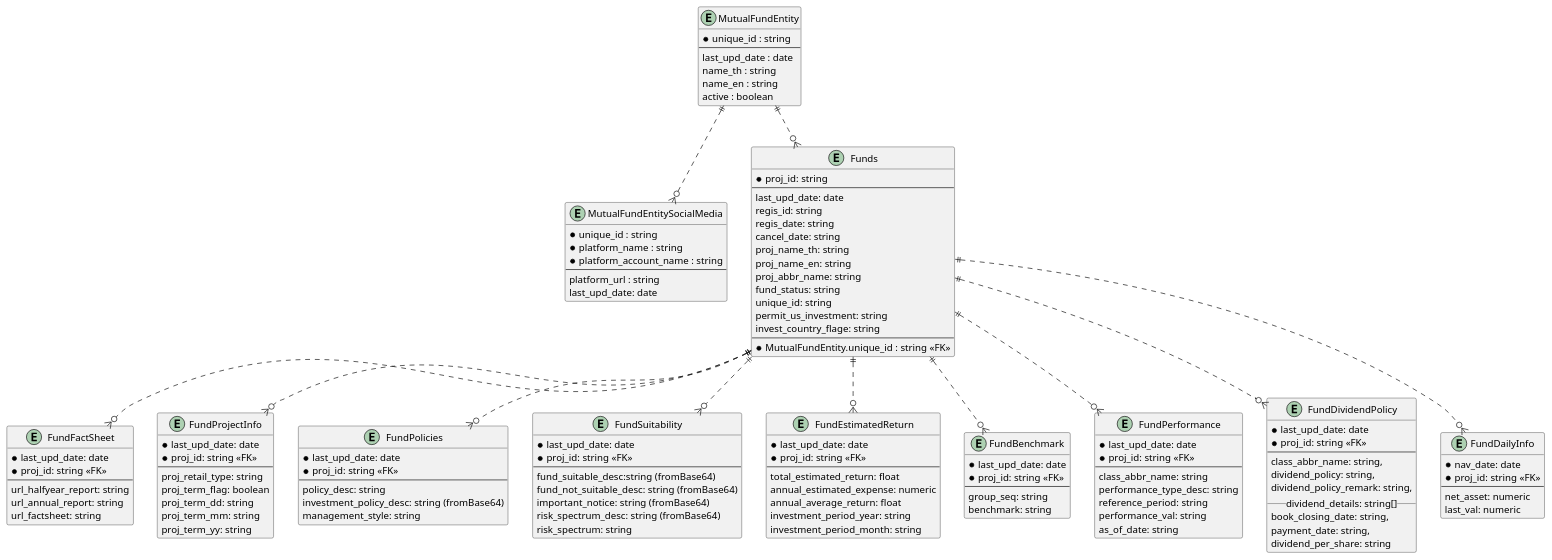
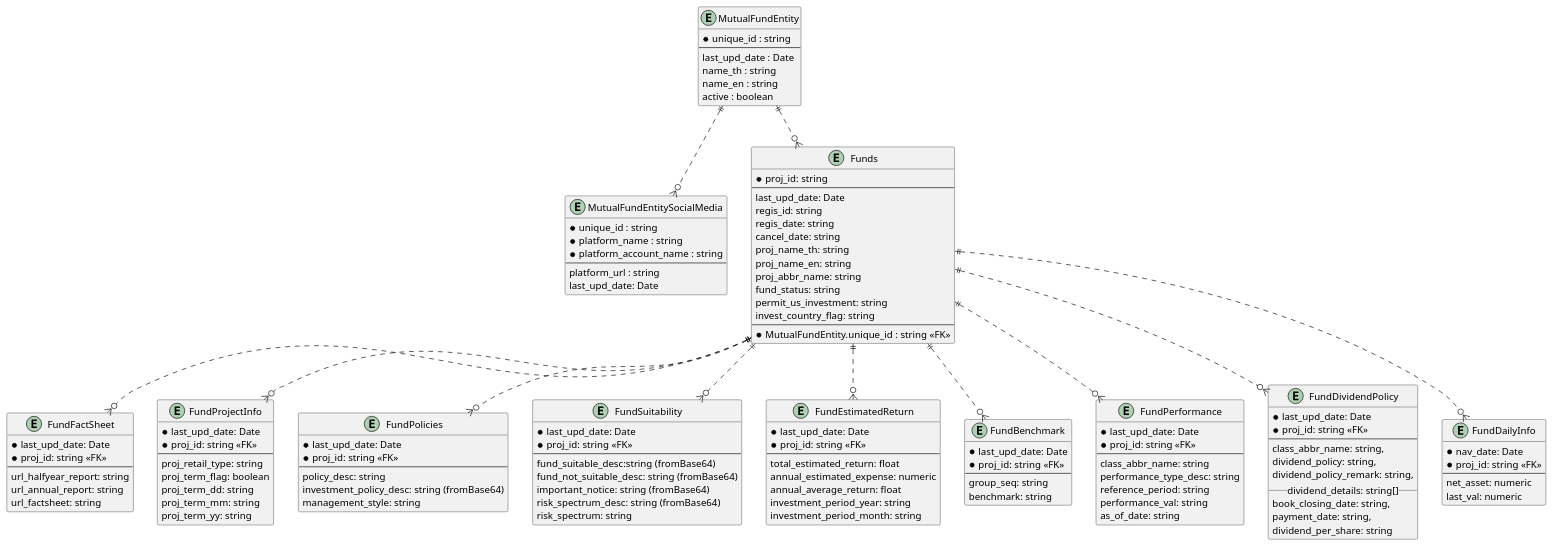
One commit to FaiiFaiipuipui/CuHighTech24Hackathon_Backend changed the diagram in documentation/DatabaseERD.puml. Above: the diagram before and after it, drawn with PlantUML. The commit also changed 1 other file, not shown here.

```diff
--- a/documentation/DatabaseERD.puml
+++ b/documentation/DatabaseERD.puml
@@ -1,177 +1,176 @@
 @startuml Database
 
 /' SEC Fund Factsheet API 01 y'/
 entity MutualFundEntity {
     *unique_id : string
     /' รหัสบลจ '/
     --
-    last_upd_date : date
+    last_upd_date : Date
     name_th : string
     name_en : string
     active : boolean
 }
 
 entity MutualFundEntitySocialMedia {
     *unique_id : string
     *platform_name : string
     *platform_account_name : string
     --
     platform_url : string
-    last_upd_date: date
+    last_upd_date: Date
 }
 
 /' SEC Fund Factsheet API 02 y'/
 entity Funds {
     * proj_id: string
     --
-    last_upd_date: date
+    last_upd_date: Date
     regis_id: string
     regis_date: string
     cancel_date: string
     proj_name_th: string
     proj_name_en: string
     proj_abbr_name: string
     fund_status: string
     /'สถานะกอง
     SE = อนุมัติ(อยู่ระหว่าง Filing)
     EX = หมดเวลาเสนอขาย
     RG = จดทะเบียน
     CA = เลิกโครงการ
     LI = จดทะเบียนเลิก '/
-    unique_id: string
     permit_us_investment: string
-    invest_country_flage: string
+    invest_country_flag: string
     /' การลงทุนต่างประเทศ
 	1 = กองทุนรวมที่เน้นลงทุนแบบมีความเสี่ยงต่างประเทศ
 	2 = ลงทุนในต่างประเทศบางส่วน
 	3 = กองทุนที่ลงทุนแบบไม่มีความเสี่ยงต่างประเทศ
 	4 = กองทุนที่ลงทุนแบบมีความเสี่ยงทั้งในและต่างประเทศ '/
     --
     * MutualFundEntity.unique_id : string <<FK>>
 }
 
 /' SEC Fund Factsheet API 04 y'/
 entity FundFactSheet {
-    * last_upd_date: date
+    * last_upd_date: Date
     * proj_id: string <<FK>>
     --
     url_halfyear_report: string
     url_annual_report: string
     url_factsheet: string
 }
 
 /' SEC Fund Factsheet API 07 '/
 entity FundProjectInfo {
-    * last_upd_date: date
+    * last_upd_date: Date
     * proj_id: string <<FK>>
     --
     proj_retail_type: string
     /'     ลักษณะโครงการ -- R , A , N , G , X, H , {null}  
     A กองทุนรวมที่เสนอขายเฉพาะผู้ลงทุนที่มิใช่รายย่อย
     B กองทุนรวมที่เสนอขายเฉพาะผู้มีเงินลงทุนสูง
     G กองทุนรวมพิเศษเพื่อตอบสนองนโยบายภาครัฐ
     H กองทุนรวมที่เสนอขายผู้ลงทุนที่มิใช่รายย่อยและผู้มีเงินลงทุนสูง
     N กองทุนเพื่อผู้ลงทุนสถาบัน
     R กองทุนเพื่อผู้ลงทุนทั่วไป
     X กองทุนรวมที่เสนอขายผู้ลงทุนสถาบันและผู้ลงทุนรายใหญ่พิเศษ  '/
     proj_term_flag: boolean
     proj_term_dd: string
     proj_term_mm: string
     proj_term_yy: string
 }
 
 /' SEC Fund Factsheet API 08 '/
 entity FundPolicies {
-    * last_upd_date: date
+    * last_upd_date: Date
     * proj_id: string <<FK>>
     --
     policy_desc: string
     investment_policy_desc: string (fromBase64)
     management_style: string
     /' กลยุทธ์การบริหารจัดการกองทุน (Management Style) AM = มุ่งหวังให้ผลประกอบการสูงกว่าดัชนีชี้วัด (active management) BH = มีกลยุทธ์การลงทุนครั้งเดียว (buy-and-hold) SM = มุ่งหวังให้ผลประกอบการเคลื่อนไหวตามดัชนีชี้วัด และในบางโอกาสอาจสร้างผลตอบแทนสูงกว่าดัชนีชี้วัด OT = อื่น ๆ PM = มุ่งหวังให้ผลประกอบการเคลื่อนไหวตามดัชนีชี้วัด (passive management/index tracking) '/
 }
 
 /' SEC Fund Factsheet API 12 y'/
 entity FundSuitability {
-    * last_upd_date: date
+    * last_upd_date: Date
     * proj_id: string <<FK>>
     --
     fund_suitable_desc:string (fromBase64)
     fund_not_suitable_desc: string (fromBase64)
     important_notice: string (fromBase64)
     risk_spectrum_desc: string (fromBase64)
     risk_spectrum: string
     /' Risk Spectrum: 1 - 8+ '/
 }
 
 /' SEC Fund Factsheet API 16 y'/
 entity FundEstimatedReturn {
-    * last_upd_date: date
+    * last_upd_date: Date
     * proj_id: string <<FK>>
     --
     total_estimated_return: float
     annual_estimated_expense: numeric
     annual_average_return: float
     investment_period_year: string
     investment_period_month: string
 }
 
 /' SEC Fund Factsheet API 18 y'/
 entity FundBenchmark {
-    * last_upd_date: date
+    * last_upd_date: Date
     * proj_id: string <<FK>>
     --
     group_seq: string
     benchmark: string
 }
 
 /' SEC Fund Factsheet API 22 '/
 entity FundPerformance {
-    * last_upd_date: date
+    * last_upd_date: Date
     * proj_id: string <<FK>>
     --
     class_abbr_name: string
     performance_type_desc: string
     reference_period: string
     performance_val: string
     as_of_date: string
 }
 
 /' SEC Fund Factsheet API 24 y'/
 entity FundDividendPolicy {
-    * last_upd_date: date
+    * last_upd_date: Date
     * proj_id: string <<FK>>
     --
     class_abbr_name: string,
     dividend_policy: string,
     dividend_policy_remark: string,
     __dividend_details: string[]__
     book_closing_date: string,
     payment_date: string,
     dividend_per_share: string
 }
 
 /' SEC Fund Daily Info API 01 y'/
 entity FundDailyInfo {
-    * nav_date: date
+    * nav_date: Date
     /' Net Asset Value Date '/
     * proj_id: string <<FK>>
     --
     net_asset: numeric
     last_val: numeric
 }
 
 /' Entity Relations '/
 MutualFundEntity ||..o{ Funds
 MutualFundEntity ||..o{ MutualFundEntitySocialMedia
 Funds ||..o{ FundDailyInfo
 Funds ||..o{ FundPolicies
 Funds ||..o{ FundBenchmark
 Funds ||..o{ FundDividendPolicy
 Funds ||..o{ FundPerformance
 Funds ||..o{ FundSuitability
 Funds ||..o{ FundEstimatedReturn
 Funds ||..o{ FundFactSheet
 Funds ||..o{ FundProjectInfo
 
 @enduml
```
